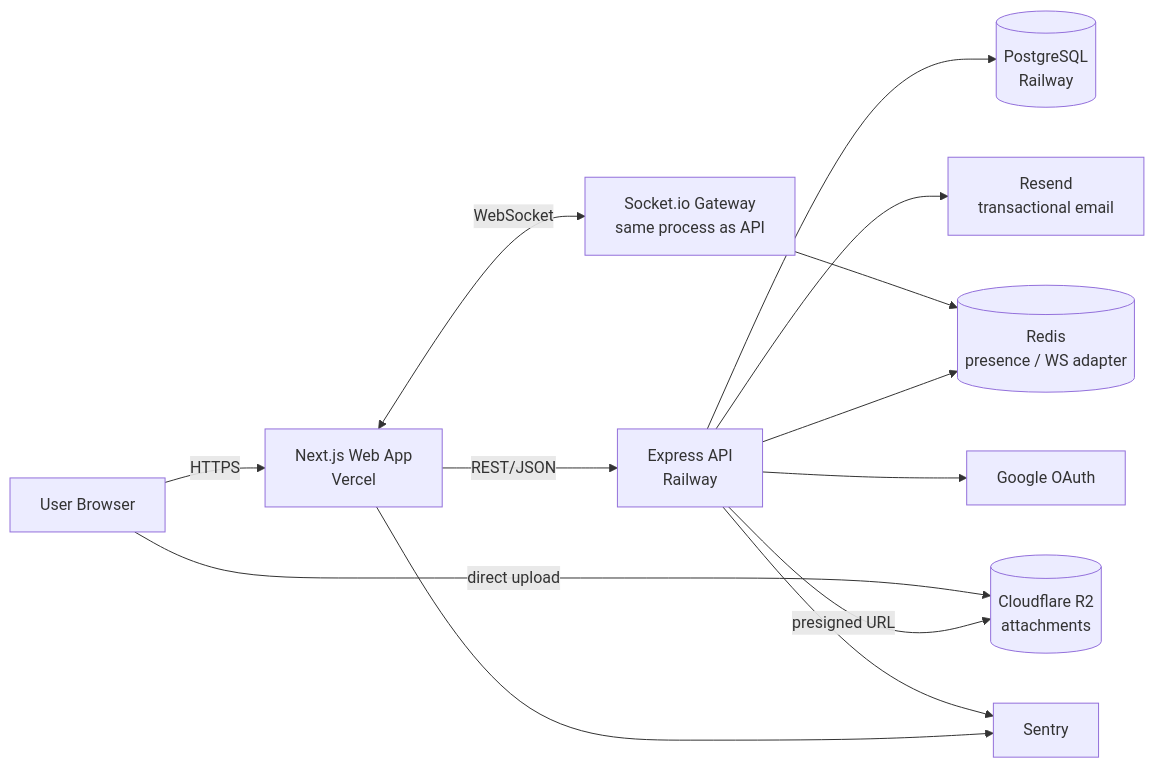
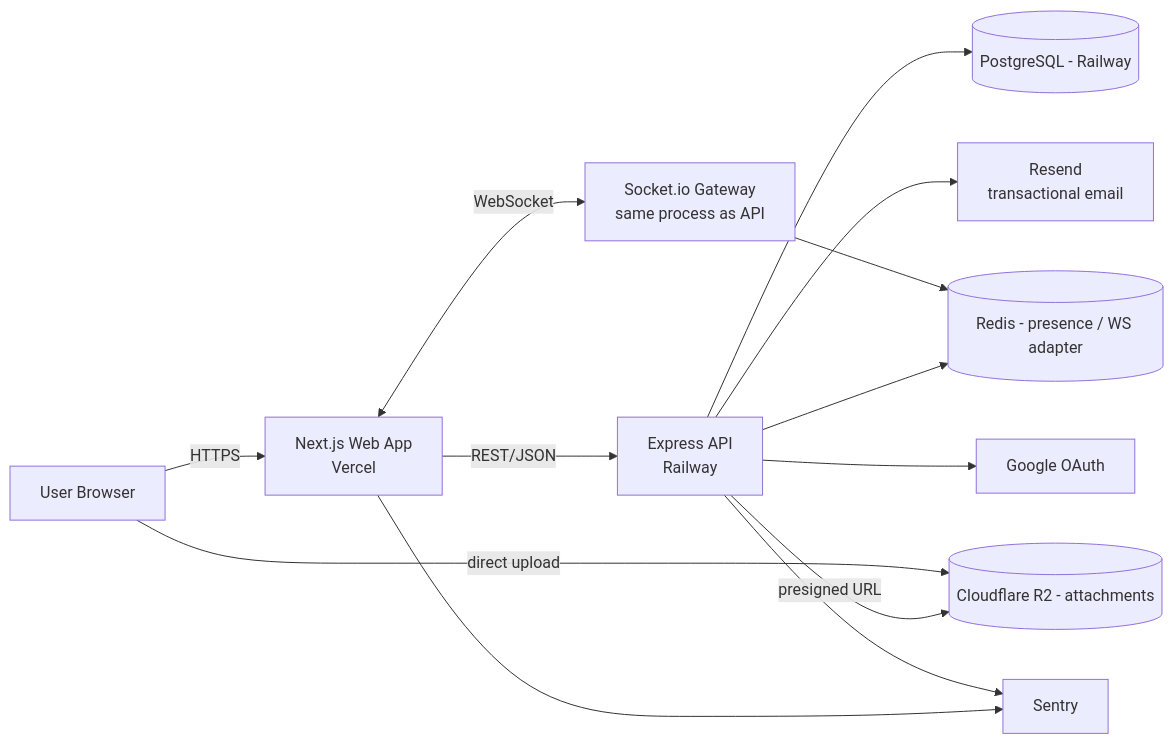
One commit to gokayesen/ToDoApp_demo changed the diagram in README.md. Above: the diagram before and after it, drawn with Mermaid.

Commit message:
Fix README architecture diagram GitHub render error
GitHub's mermaid renderer throws "Cannot read properties of
undefined (reading 'render')" on cylinder-shaped nodes ([(...)])
that use <br/> for a multi-line label. Replace the <br/> line
breaks in the DB/Redis/R2 nodes with plain " - " text.

````diff
--- a/README.md
+++ b/README.md
@@ -66,26 +66,26 @@
 ```mermaid
 flowchart LR
     User[User Browser]
     Web[Next.js Web App<br/>Vercel]
     API[Express API<br/>Railway]
     WS[Socket.io Gateway<br/>same process as API]
-    DB[(PostgreSQL<br/>Railway)]
-    Redis[(Redis<br/>presence / WS adapter)]
-    R2[(Cloudflare R2<br/>attachments)]
+    DB[(PostgreSQL - Railway)]
+    Redis[(Redis - presence / WS adapter)]
+    R2[(Cloudflare R2 - attachments)]
     Resend[Resend<br/>transactional email]
     Google[Google OAuth]
     Sentry[Sentry]
 
     User -->|HTTPS| Web
     Web -->|REST/JSON| API
     Web <-->|WebSocket| WS
     API --> DB
     API --> Redis
     WS --> Redis
     API -->|presigned URL| R2
     User -->|direct upload| R2
     API --> Resend
     API --> Google
     Web --> Sentry
     API --> Sentry
 ```
````
